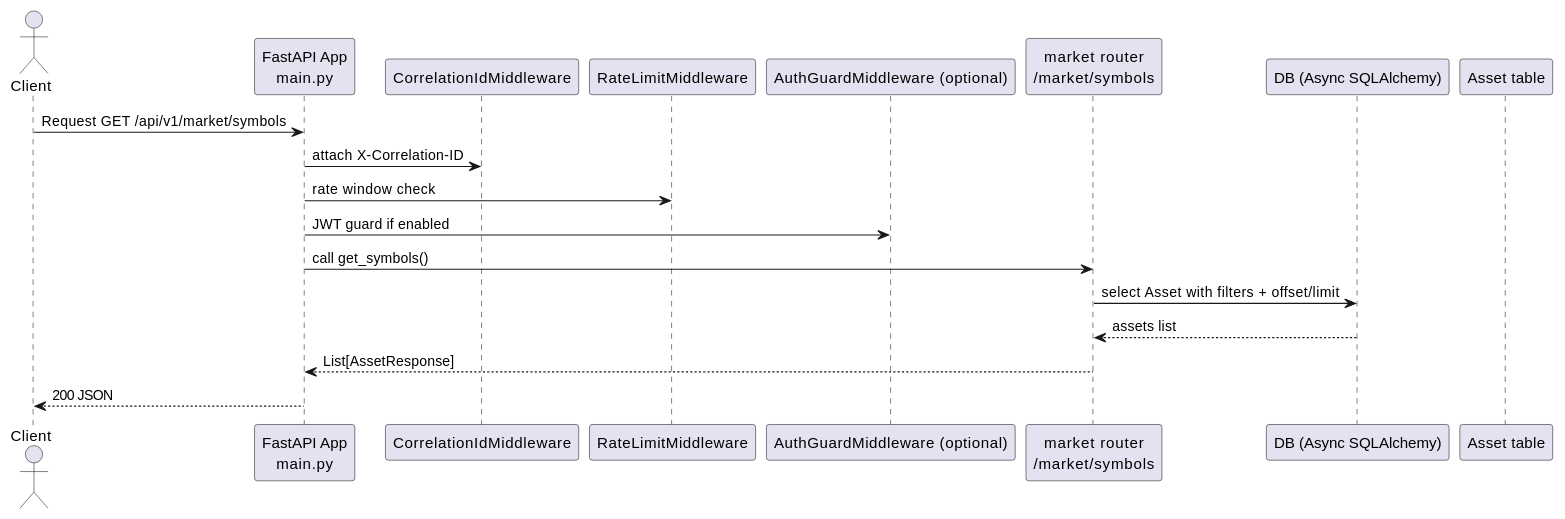
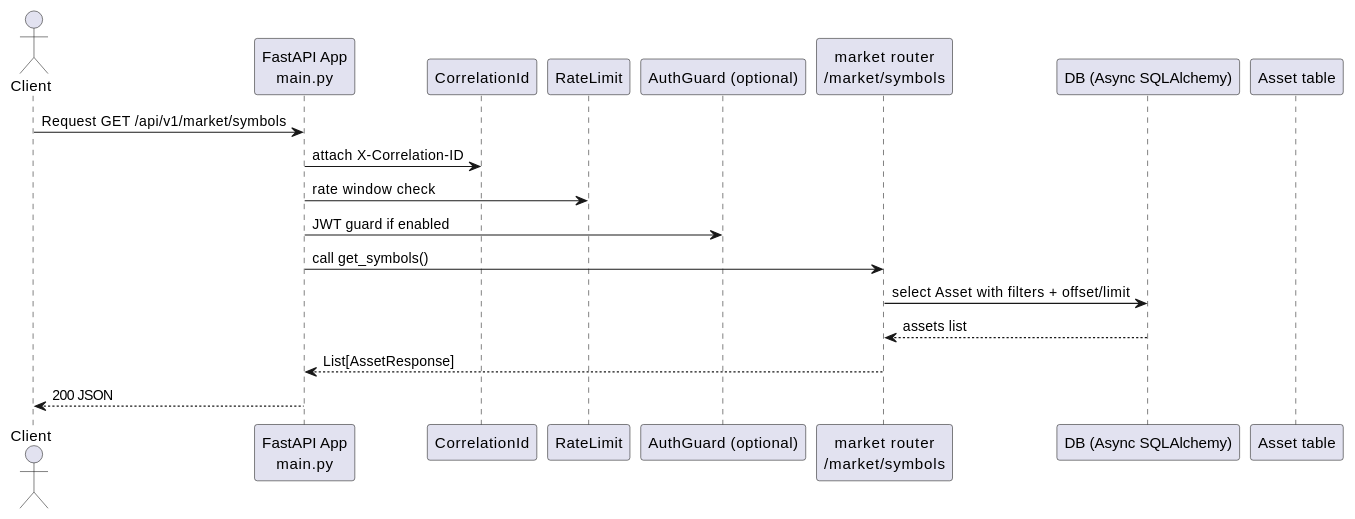
The first of 6 diagrams in docs/02_architecture/ARCH_uml-level6-e2e_v1.md (Shakour-Data/BedaanWaves), drawn with PlantUML before and after one commit. The commit also changed other lines of this file and 30 other files, not shown here.

````diff
--- a/docs/02_architecture/ARCH_uml-level6-e2e_v1.md
+++ b/docs/02_architecture/ARCH_uml-level6-e2e_v1.md
@@ -6,22 +6,22 @@
 ```plantuml
 @startuml
 actor Client
 participant "FastAPI App\nmain.py" as APP
-participant "CorrelationIdMiddleware" as MID1
-participant "RateLimitMiddleware" as MID2
-participant "AuthGuardMiddleware (optional)" as MID3
+participant "CorrelationId" as MID1
+participant "RateLimit" as MID2
+participant "AuthGuard (optional)" as MID3
 participant "market router\n/market/symbols" as R
 participant "DB (Async SQLAlchemy)" as DB
 participant "Asset table" as T
 
 Client -> APP : Request GET /api/v1/market/symbols
 APP -> MID1 : attach X-Correlation-ID
 APP -> MID2 : rate window check
 APP -> MID3 : JWT guard if enabled
 APP -> R : call get_symbols()
 R -> DB : select Asset with filters + offset/limit
 DB --> R : assets list
 R --> APP : List[AssetResponse]
 APP --> Client : 200 JSON
 @enduml
 ```
````
